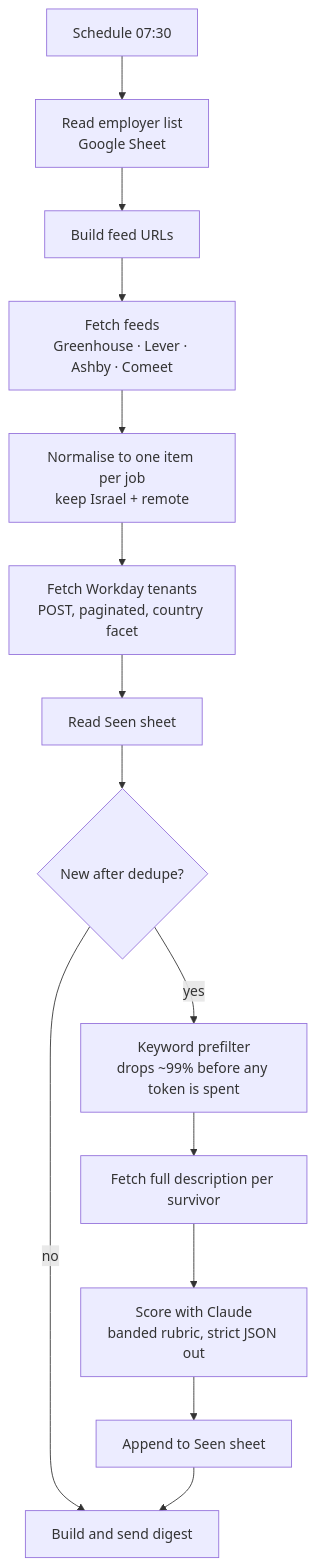
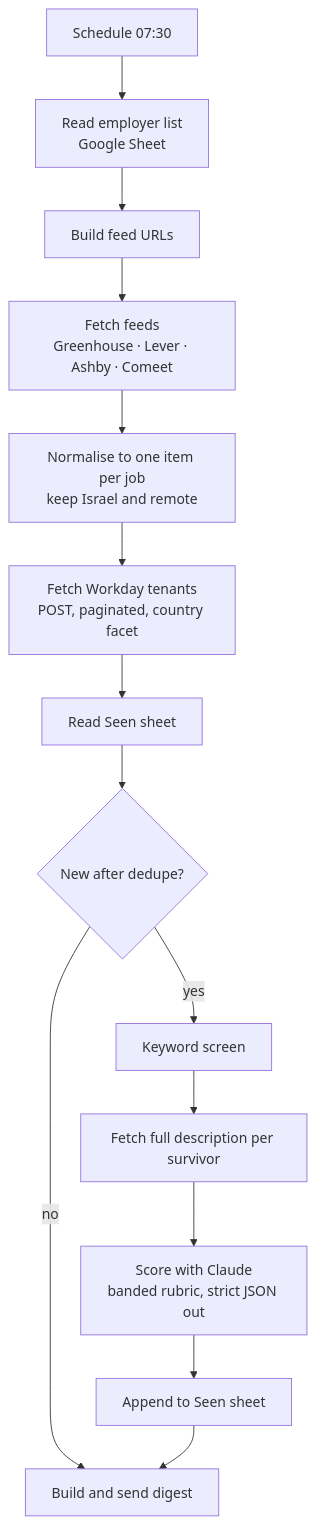
Before and after one commit to RoyManor1/ats-job-scanner: the diagram in README.md, drawn with Mermaid. The commit also changed other lines of this file, not shown here.

````diff
--- a/README.md
+++ b/README.md
@@ -23,16 +13,16 @@
 ```mermaid
 flowchart TD
   A[Schedule 07:30] --> B[Read employer list<br/>Google Sheet]
   B --> C[Build feed URLs]
   C --> D[Fetch feeds<br/>Greenhouse · Lever · Ashby · Comeet]
-  D --> E[Normalise to one item per job<br/>keep Israel + remote]
+  D --> E[Normalise to one item per job<br/>keep Israel and remote]
   E --> F[Fetch Workday tenants<br/>POST, paginated, country facet]
   F --> G[Read Seen sheet]
   G --> H{New after dedupe?}
   H -- no --> L[Nothing new email]
-  H -- yes --> I[Keyword prefilter<br/>drops ~99% before any token is spent]
+  H -- yes --> I[Keyword screen]
   I --> J[Fetch full description per survivor]
   J --> K[Score with Claude<br/>banded rubric, strict JSON out]
   K --> M[Append to Seen sheet]
   M --> L[Build and send digest]
 ```
````
